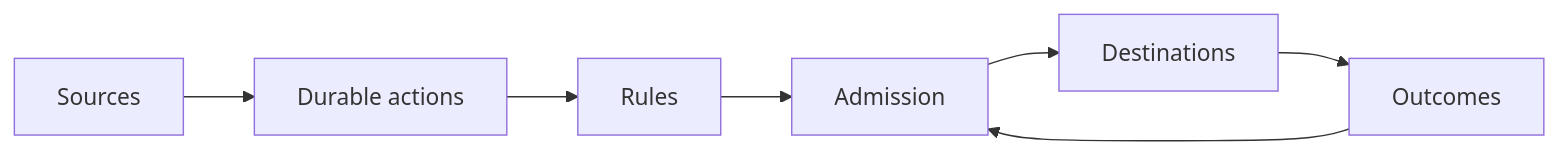
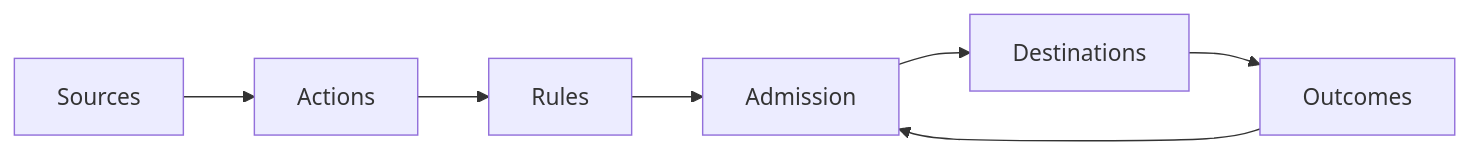
The diagram in index.mdx (arklowsc/docs), drawn with Mermaid before and after one commit. The commit also changed other lines of this file and 5 other files, not shown here.

````diff
--- a/index.mdx
+++ b/index.mdx
@@ -10,9 +11,9 @@
 ```mermaid actions={false}
 flowchart LR
-    S["Sources"] --> A["Durable actions"]
+    S["Sources"] --> A["Actions"]
     A --> R["Rules"]
     R --> G["Admission"]
     G --> D["Destinations"]
     D --> O["Outcomes"]
     O --> G
 ```
````
